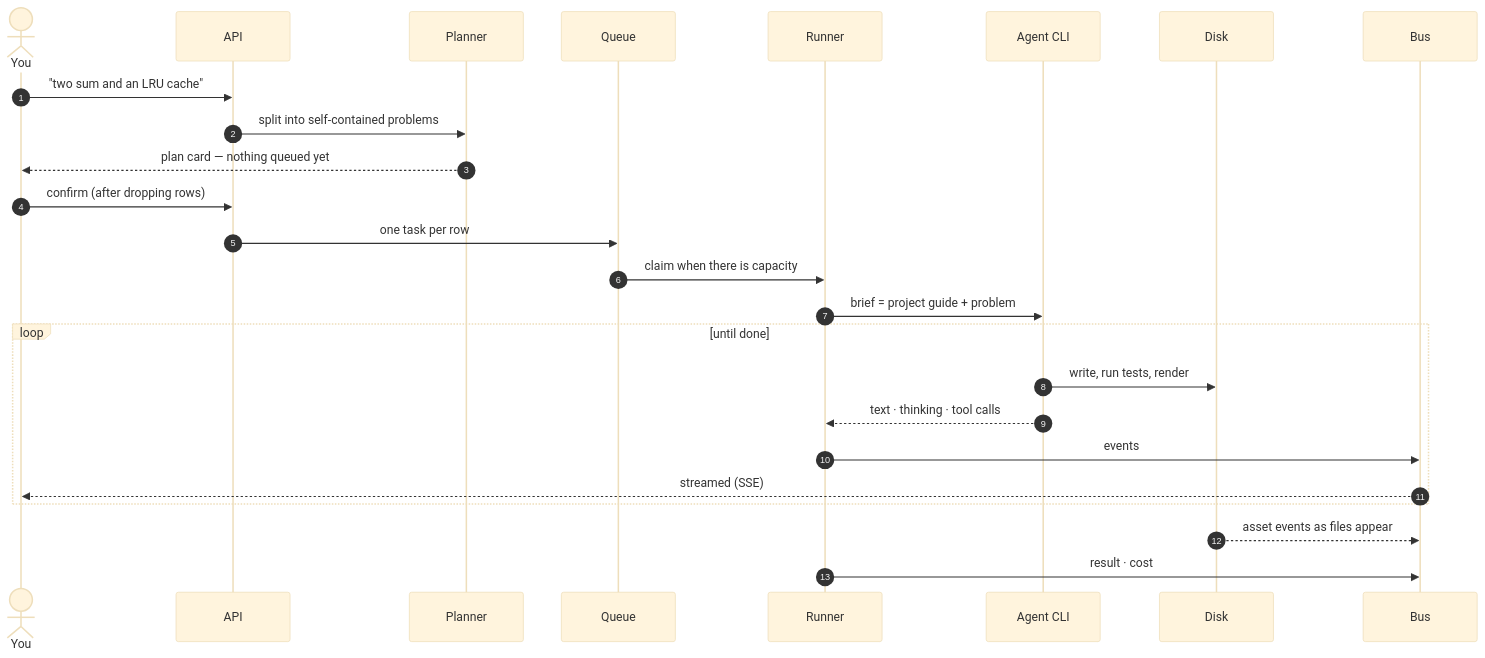
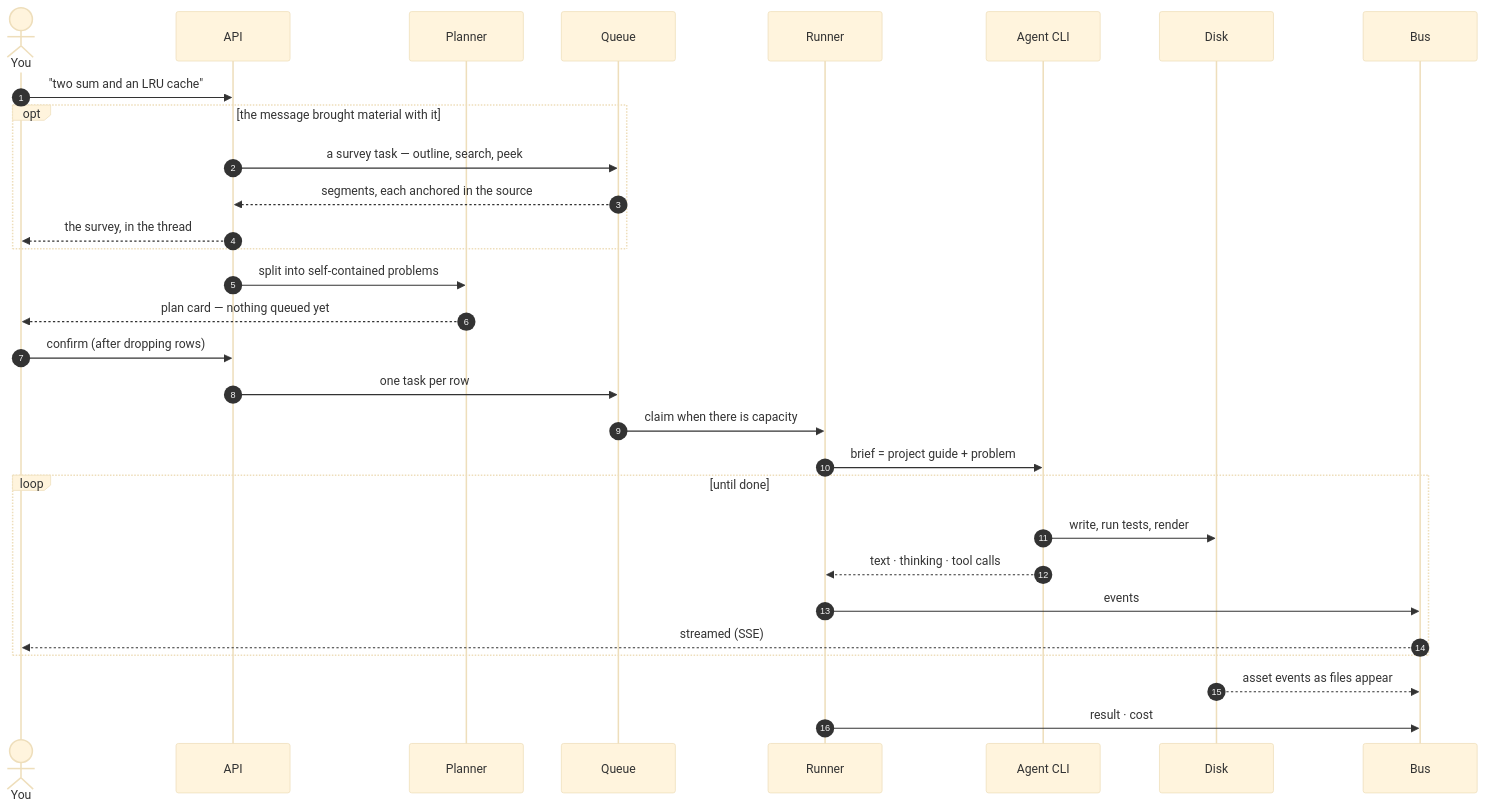
One commit to radubools/dex changed the third of 6 diagrams in design/00_overview.md. Above: the diagram before and after it, drawn with Mermaid (base theme). The commit also changed other lines of this file and 153 other files, not shown here.

````diff
--- a/design/00_overview.md
+++ b/design/00_overview.md
@@ -152,28 +177,33 @@
 ```mermaid
 sequenceDiagram
     autonumber
     actor You
     participant API
     participant Planner
     participant Queue
     participant Runner
     participant Agent as Agent CLI
     participant Disk
     participant Bus
 
     You->>API: "two sum and an LRU cache"
+    opt the message brought material with it
+        API->>Queue: a survey task — outline, search, peek
+        Queue-->>API: segments, each anchored in the source
+        API-->>You: the survey, in the thread
+    end
     API->>Planner: split into self-contained problems
     Planner-->>You: plan card — nothing queued yet
     You->>API: confirm (after dropping rows)
     API->>Queue: one task per row
     Queue->>Runner: claim when there is capacity
     Runner->>Agent: brief = project guide + problem
     loop until done
         Agent->>Disk: write, run tests, render
         Agent-->>Runner: text · thinking · tool calls
         Runner->>Bus: events
         Bus-->>You: streamed (SSE)
     end
     Disk-->>Bus: asset events as files appear
     Runner->>Bus: result · cost
 ```
````
